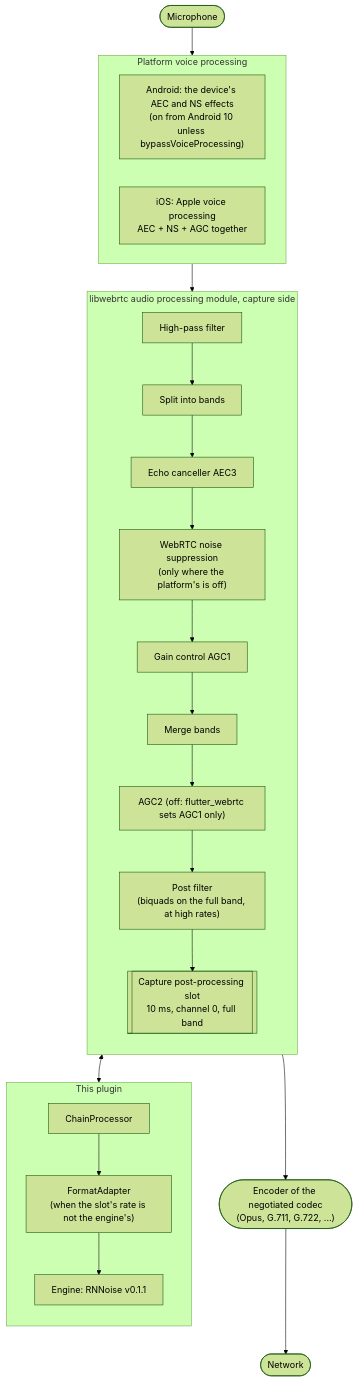
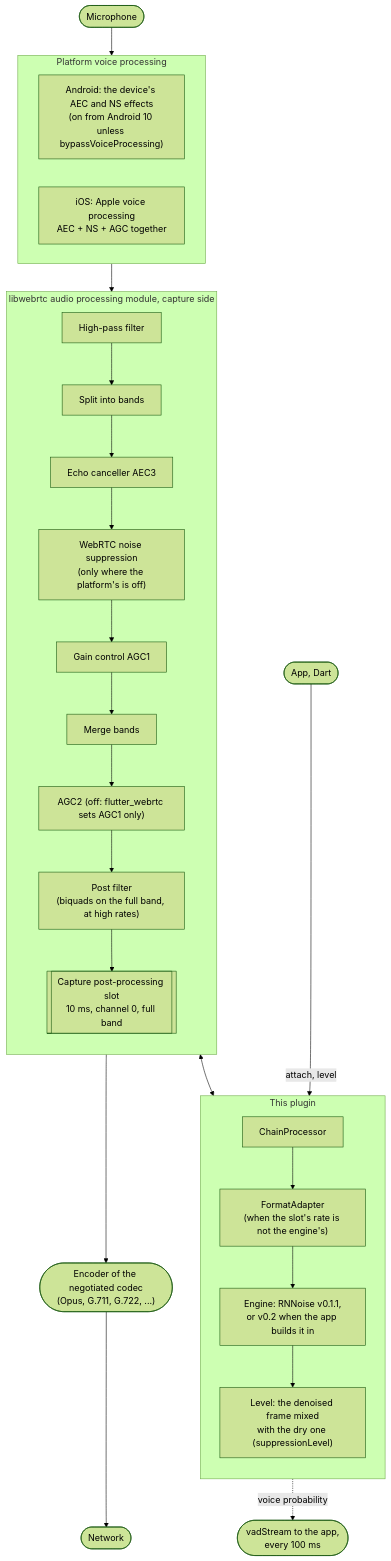
Before and after one commit to SERDUN/flutter_webrtc_noise_suppression: the diagram in README.md, drawn with Mermaid (forest theme). The commit also changed other lines of this file and 10 other files, not shown here.

````diff
--- a/README.md
+++ b/README.md
@@ -7,20 +7,22 @@
 ```mermaid
 flowchart TB
     mic([Microphone]) --> platform
     subgraph platform [Platform voice processing]
         android_hw["Android: the device's AEC and NS effects<br/>(on from Android 10 unless bypassVoiceProcessing)"]
         ios_vpio["iOS: Apple voice processing<br/>AEC + NS + AGC together"]
     end
     platform --> apm
     subgraph apm [libwebrtc audio processing module, capture side]
         direction TB
         hpf[High-pass filter] --> split[Split into bands] --> aec[Echo canceller AEC3] --> ns["WebRTC noise suppression<br/>(only where the platform's is off)"] --> agc1[Gain control AGC1] --> merge[Merge bands] --> agc2["AGC2 (off: flutter_webrtc sets AGC1 only)"] --> post["Post filter<br/>(biquads on the full band, at high rates)"] --> slot
         slot[["Capture post-processing slot<br/>10 ms, channel 0, full band"]]
     end
     slot <--> chain
     subgraph chain [This plugin]
         direction TB
-        processor[ChainProcessor] --> adapter["FormatAdapter<br/>(when the slot's rate is not the engine's)"] --> engine["Engine: RNNoise v0.1.1"]
+        processor[ChainProcessor] --> adapter["FormatAdapter<br/>(when the slot's rate is not the engine's)"] --> engine["Engine: RNNoise v0.1.1,<br/>or v0.2 when the app builds it in"] --> mix["Level: the denoised frame mixed<br/>with the dry one (suppressionLevel)"]
     end
+    app([App, Dart]) -- "attach, level" --> processor
+    engine -. "voice probability" .-> vad(["vadStream to the app,<br/>every 100 ms"])
     slot --> encoder(["Encoder of the negotiated codec<br/>(Opus, G.711, G.722, ...)"]) --> net([Network])
 ```
````
